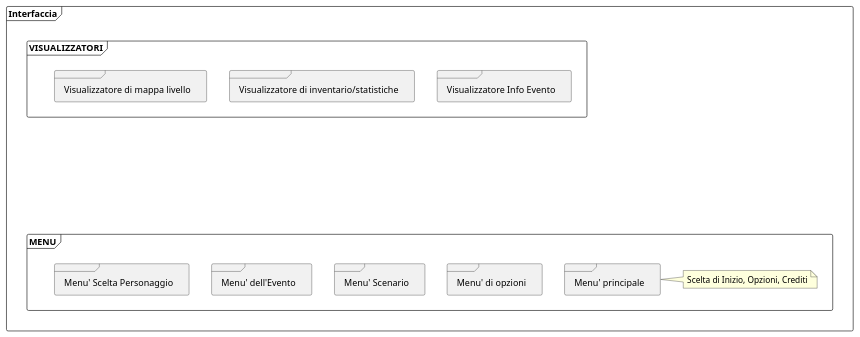
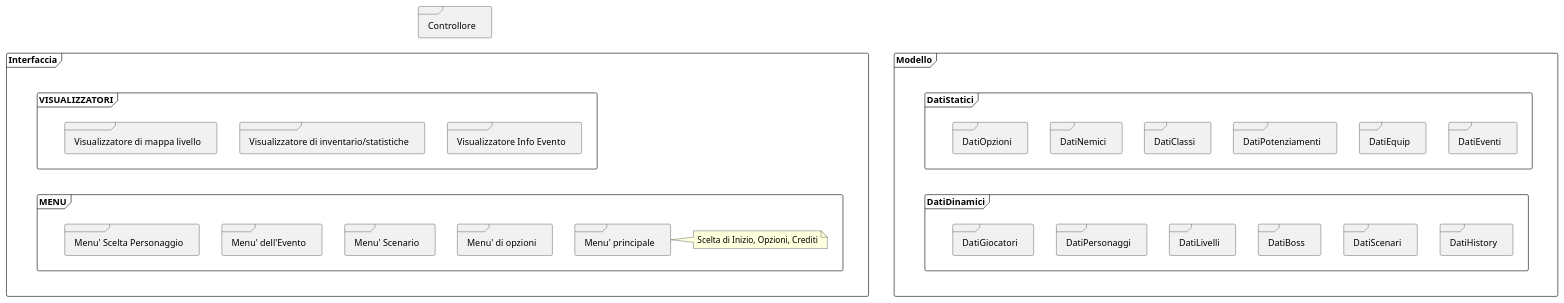
One commit to frax2004/ProgettoISS changed the diagram in Architettura_logica.puml. Above: the diagram before and after it, drawn with PlantUML. The commit also changed 1 other file, not shown here.

Commit message:
Aggiunta "Model"

```diff
--- a/Architettura_logica.puml
+++ b/Architettura_logica.puml
@@ -1,102 +1,167 @@
 @startuml Architettura_logica
 
 ' usare MVC (Model-View-Controller):
 ' - Model: database
 ' - View: interfaccia grafica
 ' - Controller: Software vero e proprio
 
-' Il controller sarà diviso in "categorie di classi"
+' Il Controllore sarà diviso in "categorie di classi"
 ' usando architettura a strati modulare.
 
-' Model, View e Controller devono poter comunicare tra loro.
+' Modello, View e Controllore devono poter comunicare tra loro.
 
 ' Da fare una relazione alla fine del progetto
 
 
 ' Tenere a mente Client-Server
 ' Il database può essere "finto" (obv)
 ' DISEGNINO A BLOCKLY CHE A NOI CI PIACCIONO I DISEGNINI
 '
 ' Prossimi passaggi:
 ' 1) Definire i requisiti NON funzionali (non direttamente legati alle
 '    funzionalità del sistema) e definire come misurarli:
 '    ad esempio misure di velocità, performance ecc ecc...
 '
 ' 2) Definire i requisiti funzionali come le user story
 '    (ricorda la sintassi Who-What-Why) e gli Acceptance Criteria
 '
 '
 
 ' View, cosa mettere dentro:
 ' - Visualizzatore di scenari
 ' - Menu' di eventi
 ' - Visualizzatore di eventi
 ' - Visualizzatore di inventario/statistiche
 ' - Menu' principale
 ' - Lobby d'attesa + scelta personaggio
 ' - Visualizzatore di mappa livello
 ' - Menu' opzioni
 '
 
-
-' Model, cosa mettere dentro:
-' - Dati relativi ai personaggi/classi/nemici
-' - Dati relativi all'equipaggiamento
-' - Dati relativi ai potenziamenti
+' - Per gli eventi, possibile implementazione tramite Strategy
 
 frame "Interfaccia" {
-  ' Permettono visualizzazione di scelta di opzioni (Tramite Controller)
+  ' Permettono visualizzazione di scelta di opzioni (Tramite Controllore)
   frame "MENU" {
     ' Scelta di Inizio, Opzioni, Crediti    
     note "Scelta di Inizio, Opzioni, Crediti" as Peppe
     frame "Menu' principale" {
 
     }
     "Menu' principale" -> Peppe
     ' Scelta delle Impostazioni/Opzioni
     frame "Menu' di opzioni" {
 
     }
     ' Scelta degli eventi/opzioni in uno scenario
     frame "Menu' Scenario" {
 
     }
     ' Scelta delle operazioni da fare in un Evento
     frame "Menu' dell'Evento" {
 
     }
     ' Scelta della Classe
     frame "Menu' Scelta Personaggio" {
 
     }
   }
 
-    ' Permette la visualizzazione senza scelte (Tramite Controller)
+    ' Permette la visualizzazione senza scelte (Tramite Controllore)
   frame "VISUALIZZATORI" {
     ' Mostra le info di un evento in particolare
     ' (Quello scelto dal menu')
     frame "Visualizzatore Info Evento" {
 
     }
     ' Mostra le stats di ogni giocatore
     frame "Visualizzatore di inventario/statistiche" {
 
     }
     ' Mostra la lista degli scenari (no MENU')
     frame "Visualizzatore di mappa livello" {
 
     }
     
     ' "Visualizzatore Info Evento" <-down- "Menu' Scenario"
   }
 
   ' "Menu' di opzioni" <-down- "Menu' principale"
   ' "Menu' Scelta Personaggio" <-down- "Menu' principale"
   ' "Menu' di eventi" <-down- "Visualizzatore di scenari"
   ' "Visualizzatore di mappa livello" <-down- "Menu' Scelta Personaggio"
   ' "Visualizzatore di eventi" <-down- "Menu' di eventi"
   
-  "VISUALIZZATORI" <---[hidden]down-- "MENU"
+  "VISUALIZZATORI" <-[hidden]down- "MENU"
 }
 
+' - Statici
+' - Dati relativi agli eventi: nome, desc, tipologia, (potenziale) immagine
+' - Dati relativi all'equipaggiamento
+' - Dati relativi ai potenziamenti
+' - Dati relativi ai classi, nemici
+' - Dati opzioni
+
+' - Dinamici
+' - History eventi (passati e non)
+' - Scenari (futuri)
+' - Boss
+' - Livelli
+' - Giocatori (Runtime)
+' - Eventuali dati di output (per possibile log della partita)
+
+frame "Modello" {
+  ' Dati che funzionano come 'Database'
+  frame "DatiStatici" {
+    frame "DatiEventi" {
+
+    }
+    frame "DatiEquip" {
+
+    }
+    frame "DatiPotenziamenti" {
+
+    }
+    frame "DatiClassi" {
+
+    }
+    frame "DatiNemici" {
+
+    }
+    frame "DatiOpzioni" {
+
+    }
+  }
+
+  ' Dati relativi alla sessione di gioco corrente
+  frame "DatiDinamici" {
+    frame "DatiHistory" {
+
+    }
+    frame "DatiScenari" {
+
+    }
+    frame "DatiBoss" {
+
+    }
+    frame "DatiLivelli" {
+      
+    }
+    frame "DatiPersonaggi" {
+
+    }
+    frame "DatiGiocatori" {
+
+    }
+  }
+
+  "DatiStatici" <-[hidden]down- "DatiDinamici"
+}
+
+frame "Controllore" {
+
+}
+
+"Controllore" <-[hidden]down- "Interfaccia"
+"Controllore" <-[hidden]down- "Modello"
 @enduml
```
